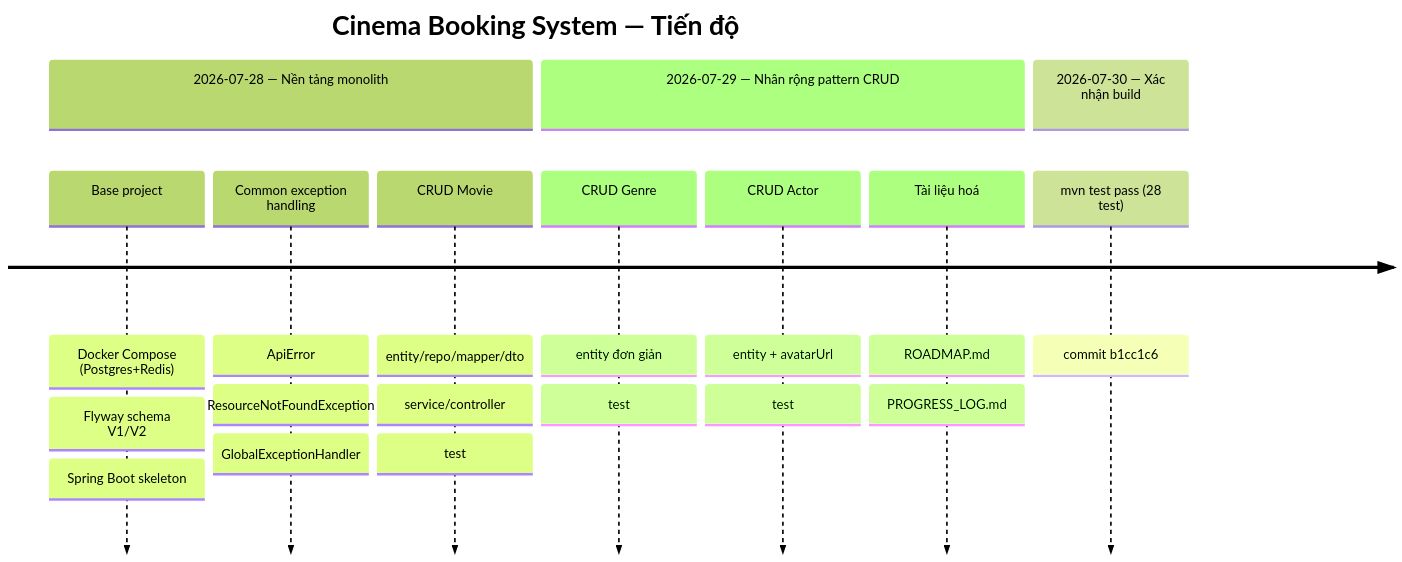
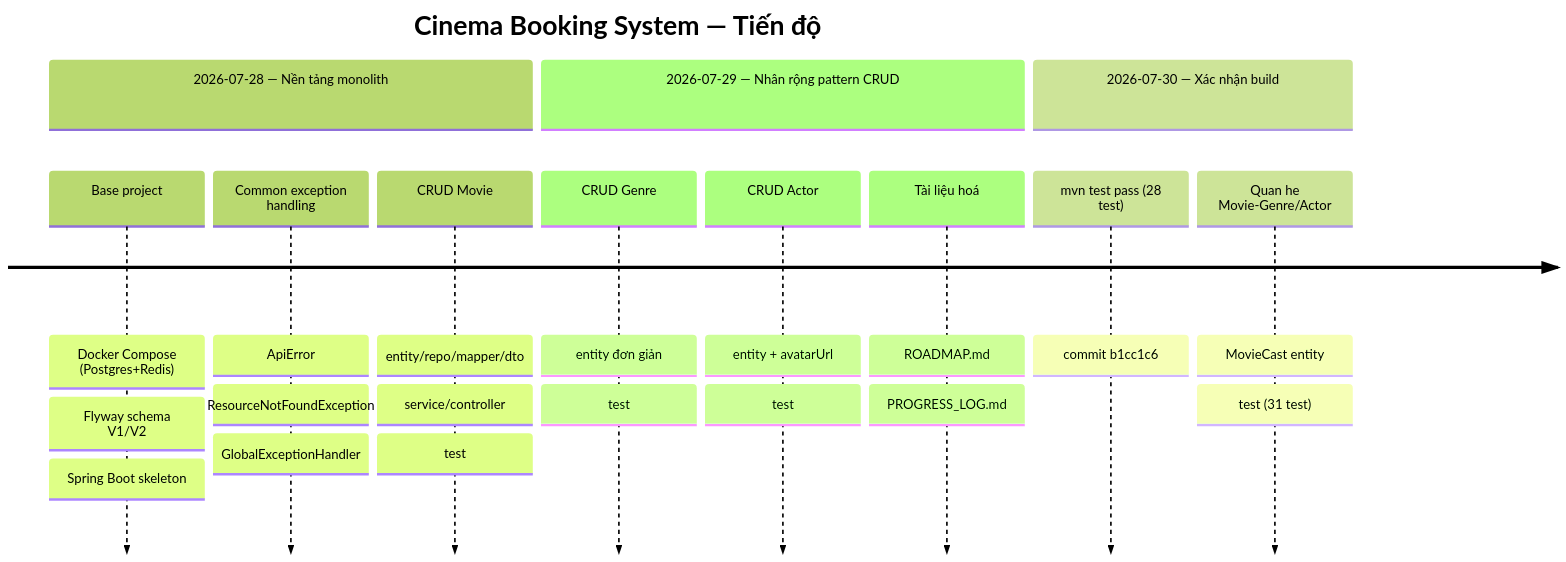
The diagram in docs/PROGRESS_LOG.md (Stromlungdanh/cinema-booking-service), drawn with Mermaid (forest theme) before and after one commit. The commit also changed other lines of this file and 12 other files, not shown here.

First line of the commit message:
Link Movie to Genre and Actor via movie_genres/movie_actors

````diff
--- a/docs/PROGRESS_LOG.md
+++ b/docs/PROGRESS_LOG.md
@@ -15,14 +15,15 @@
 ```mermaid
 timeline
     title Cinema Booking System — Tiến độ
     section 2026-07-28 — Nền tảng monolith
         Base project : Docker Compose (Postgres+Redis) : Flyway schema V1/V2 : Spring Boot skeleton
         Common exception handling : ApiError : ResourceNotFoundException : GlobalExceptionHandler
         CRUD Movie : entity/repo/mapper/dto : service/controller : test
     section 2026-07-29 — Nhân rộng pattern CRUD
         CRUD Genre : entity đơn giản : test
         CRUD Actor : entity + avatarUrl : test
         Tài liệu hoá : ROADMAP.md : PROGRESS_LOG.md
     section 2026-07-30 — Xác nhận build
         mvn test pass (28 test) : commit b1cc1c6
+        Quan he Movie-Genre/Actor : MovieCast entity : test (31 test)
 ```
````
